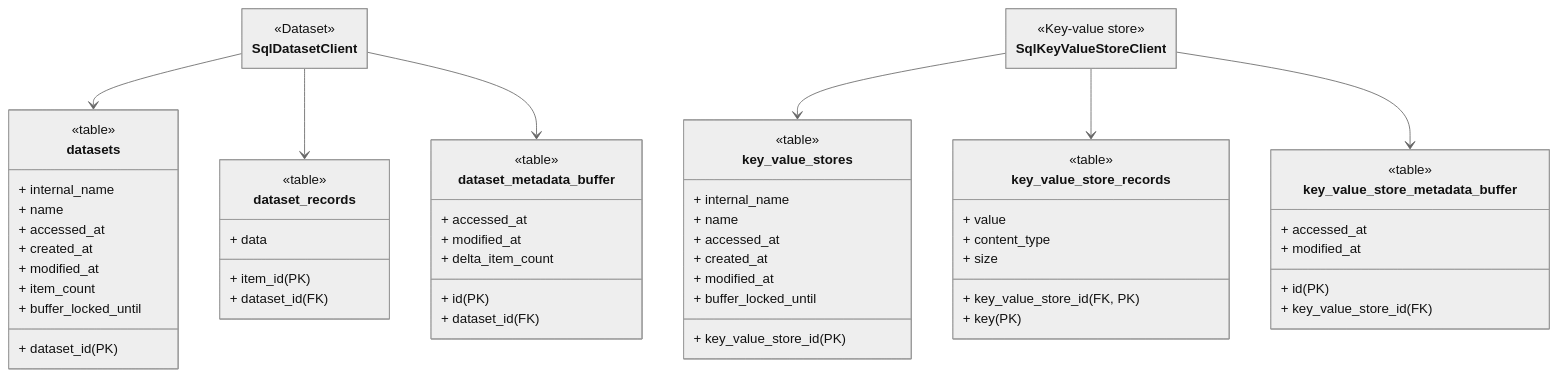
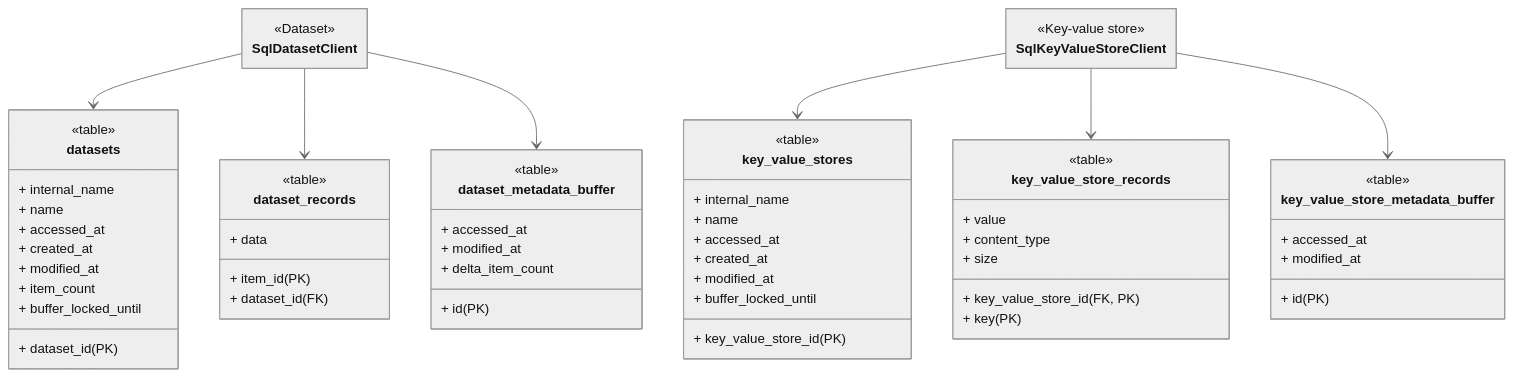
One commit to apify/crawlee-python changed the second of 6 diagrams in docs/guides/storage_clients.mdx. Above: the diagram before and after it, drawn with Mermaid (neutral theme). The commit also changed other lines of this file and 5 other files, not shown here.

```diff
--- a/docs/guides/storage_clients.mdx
+++ b/docs/guides/storage_clients.mdx
@@ -214,7 +216,6 @@
     + id (PK)
     + accessed_at
     + modified_at
-    + dataset_id (FK)
     + delta_item_count
 }
 
@@ -247,7 +248,6 @@
     + id (PK)
     + accessed_at
     + modified_at
-    + key_value_store_id (FK)
 }
 
 %% ========================
```
